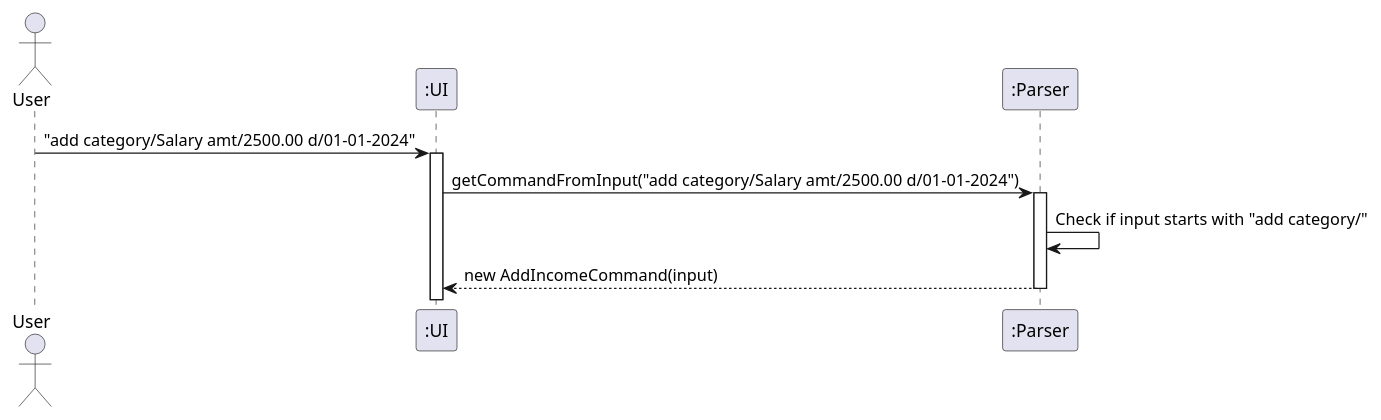
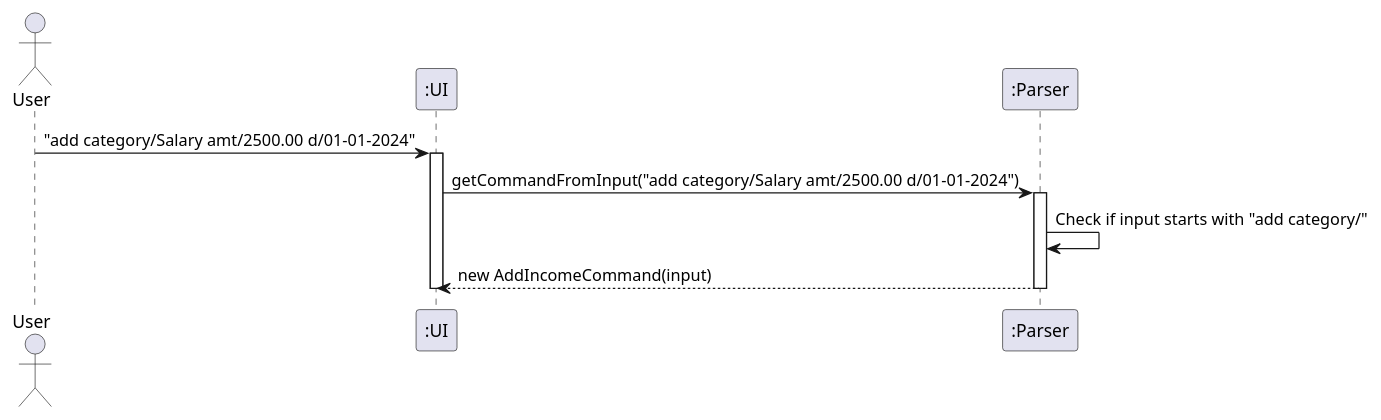
Before and after one commit to thienkimtranhoang/tp: the diagram in docs/diagrams/addincome_sequence_input parser.puml, drawn with PlantUML. The commit also changed 3 other files, not shown here.

Commit message:
update uml

```diff
--- a/docs/diagrams/addincome_sequence_input parser.puml
+++ b/docs/diagrams/addincome_sequence_input parser.puml
@@ -1,16 +1,18 @@
 @startuml
 actor User
 participant ":UI" as UI
 participant ":Parser" as Parser
 
 User -> UI : "add category/Salary amt/2500.00 d/01-01-2024"
 activate UI
 
 UI -> Parser : getCommandFromInput("add category/Salary amt/2500.00 d/01-01-2024")
 activate Parser
 
 Parser -> Parser : Check if input starts with "add category/"
 Parser --> UI : new AddIncomeCommand(input)
 deactivate Parser
 
+deactivate UI
+
 @enduml
```
